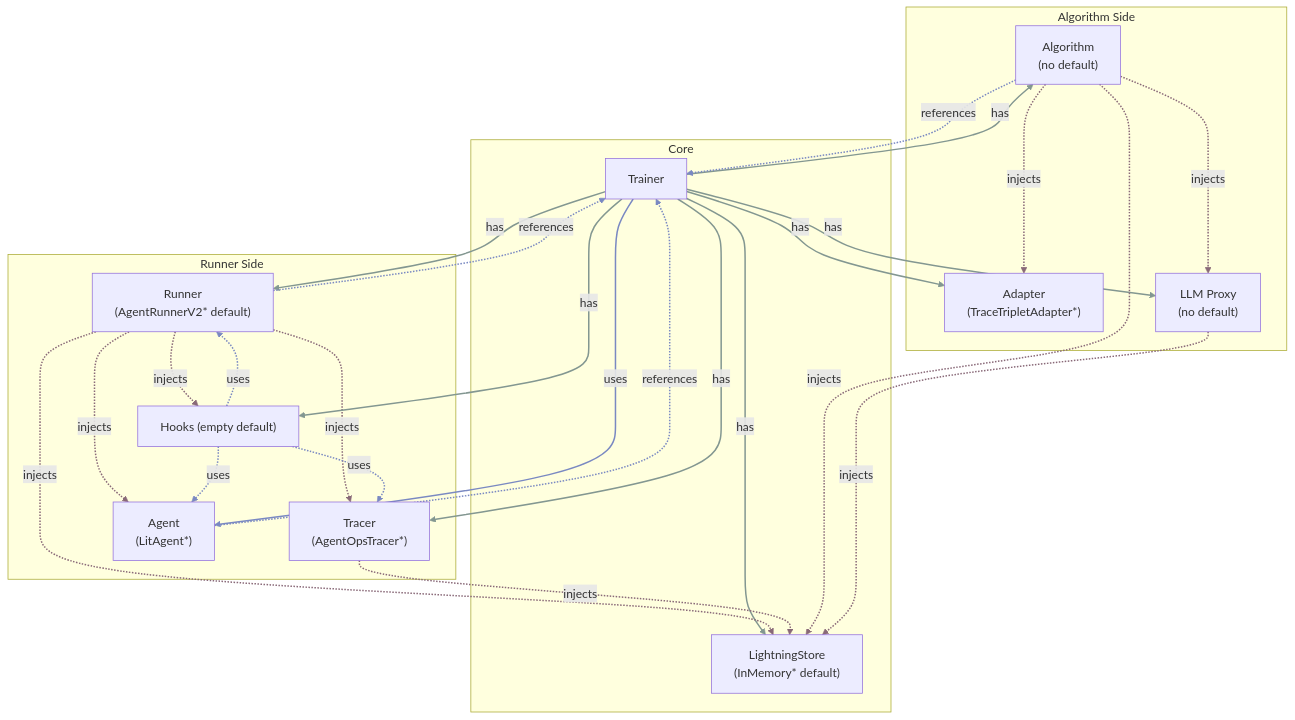
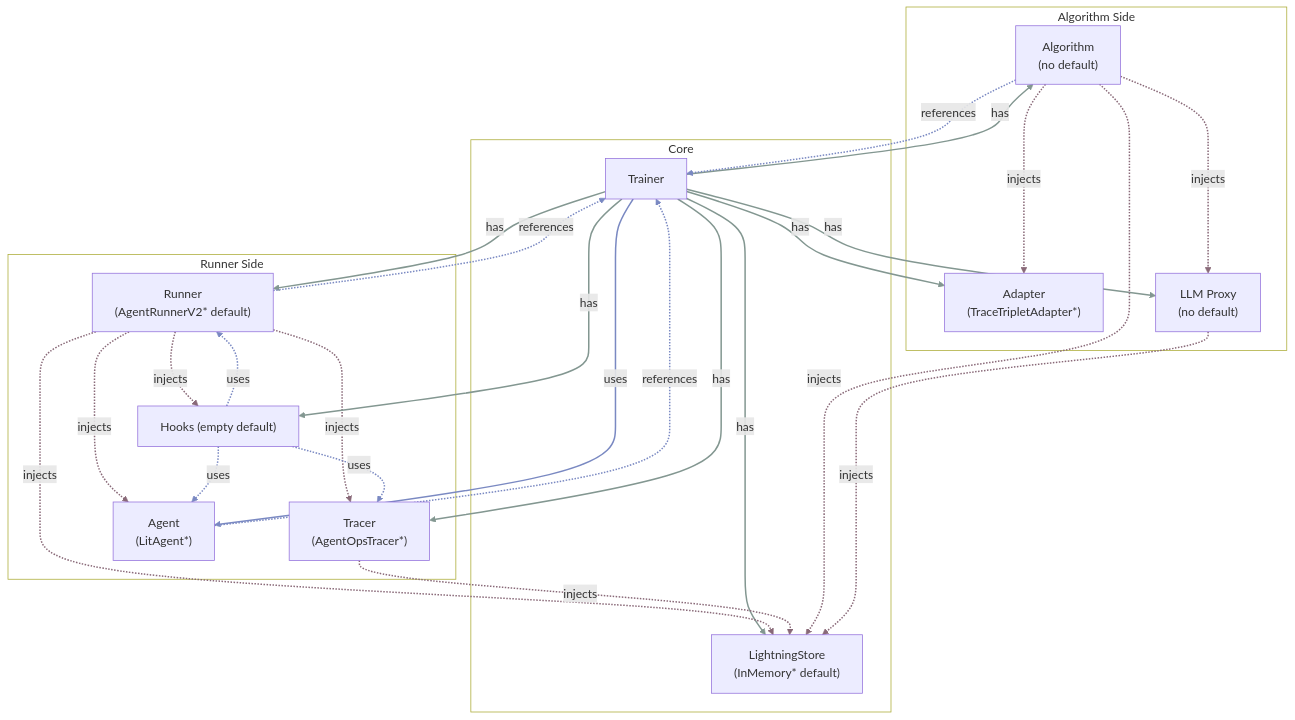
The sixth of 10 diagrams in docs/deep-dive/birds-eye-view.md (microsoft/agent-lightning), drawn with Mermaid before and after one commit. The commit also changed other lines of this file, not shown here.

````diff
--- a/docs/deep-dive/birds-eye-view.md
+++ b/docs/deep-dive/birds-eye-view.md
@@ -191,55 +217,59 @@
 ```mermaid
 flowchart TD
     %% === Left side: Algorithm domain ===
     subgraph L["Algorithm Side"]
         Algorithm["Algorithm<br>(no default)"]
         Adapter["Adapter<br>(TraceTripletAdapter*)"]
         LLMProxy["LLM Proxy<br>(no default)"]
         Algorithm -.injects.-> Adapter
         Algorithm -.injects.-> LLMProxy
     end
     linkStyle 0,1 stroke:#896978,stroke-width:2px;
 
     %% === Middle: Core trainer and store ===
     subgraph M["Core"]
         Trainer["Trainer"]
         Store["LightningStore<br>(InMemory* default)"]
         Trainer --has--> Algorithm
         Trainer --has--> Store
         Trainer --has--> Adapter
         Trainer --has--> LLMProxy
     end
     linkStyle 2,3,4,5 stroke:#839791,stroke-width:2px;
 
     %% === Right side: Runner side ===
     subgraph R["Runner Side"]
         Runner["Runner<br>(AgentRunnerV2* default)"]
         Tracer["Tracer<br>(AgentOpsTracer*)"]
         Hooks["Hooks (empty default)"]
         Agent["Agent<br>(LitAgent*)"]
         Runner -.injects.-> Tracer
         Runner -.injects.-> Store
         Runner -.injects.-> Agent
         Runner -.injects.-> Hooks
         Tracer -.injects.-> Store
         Hooks -.uses.-> Runner
         Hooks -.uses.-> Agent
         Hooks -.uses.-> Tracer
     end
     linkStyle 6,7,8,9,10 stroke:#896978,stroke-width:2px;
     linkStyle 11,12,13 stroke:#7a89c2,stroke-width:2px;
 
     %% === Cross-section connections ===
     Trainer --has--> Runner
     Trainer --has--> Tracer
     Trainer --has--> Hooks
     Trainer --uses--> Agent
     Algorithm -.injects.-> Store
     LLMProxy -.injects.-> Store
     Agent -.references.-> Trainer
     Runner -.references.-> Trainer
     Algorithm -.references.-> Trainer
     linkStyle 14,15,16 stroke:#839791,stroke-width:2px;
     linkStyle 17,20,21,22 stroke:#7a89c2,stroke-width:2px;
     linkStyle 18,19 stroke:#896978,stroke-width:2px;
+
+    style L fill:none;
+    style M fill:none;
+    style R fill:none;
 ```
````
